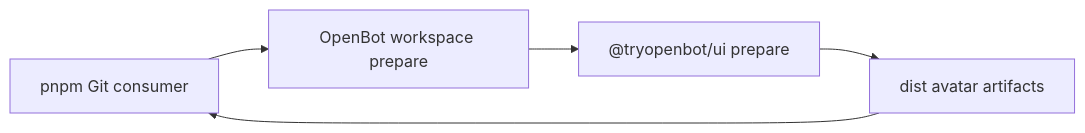
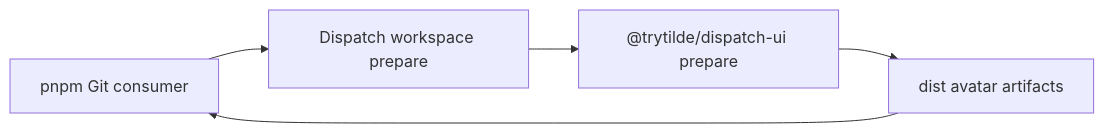
One commit to trytilde/dispatch changed the diagram in docs/updates/104.md. Above: the diagram before and after it, drawn with Mermaid. The commit also changed other lines of this file and 668 other files, not shown here.

````diff
--- a/docs/updates/104.md
+++ b/docs/updates/104.md
@@ -11,7 +11,7 @@
 ```mermaid
 flowchart LR
-  C["pnpm Git consumer"] --> P["OpenBot workspace prepare"]
-  P --> U["@tryopenbot/ui prepare"]
+  C["pnpm Git consumer"] --> P["Dispatch workspace prepare"]
+  P --> U["@trytilde/dispatch-ui prepare"]
   U --> D["dist avatar artifacts"]
   D --> C
 ```
````
